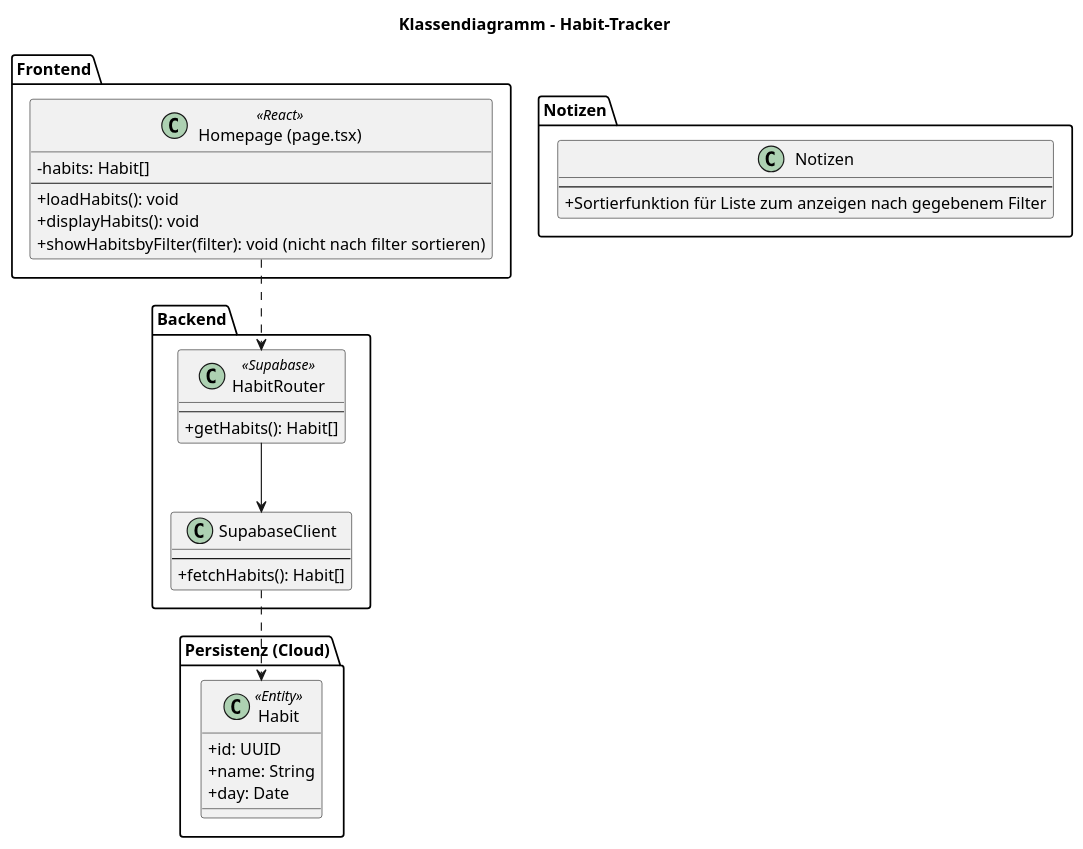
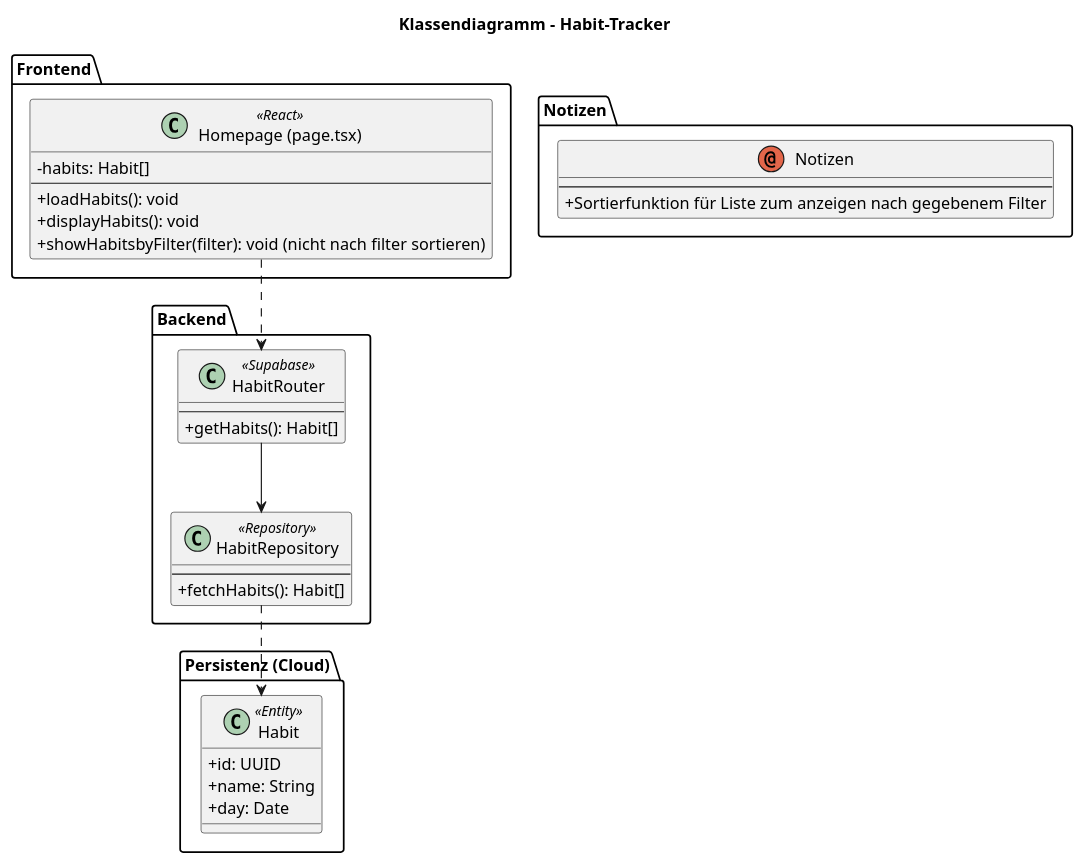
The diagram in docs/design-analysis/2/new-class.puml (nac1dy/Habit-Tracker), drawn with PlantUML before and after one commit. The commit also changed 2 other files, not shown here.

Commit message:
docs: improved diagrams

```diff
--- a/docs/design-analysis/2/new-class.puml
+++ b/docs/design-analysis/2/new-class.puml
@@ -1,47 +1,47 @@
 @startuml
 title Klassendiagramm - Habit-Tracker
 
 skinparam classAttributeIconSize 0
 skinparam linetype ortho
 
 package "Frontend" {
     class "Homepage (page.tsx)" as Homepage <<React>> {
         - habits: Habit[]
         --
         + loadHabits(): void
         + displayHabits(): void
         + showHabitsbyFilter(filter): void (nicht nach filter sortieren)
     }
 }
 
 package "Backend" {
     class HabitRouter <<Supabase>> {
         --
         + getHabits(): Habit[]
     }
 
-    class SupabaseClient {
+    class HabitRepository <<Repository>> {
         --
         + fetchHabits(): Habit[]
     }
 }
 
 package "Persistenz (Cloud)" {
     class Habit <<Entity>> {
         + id: UUID
         + name: String
         + day: Date
     }
 }
 package "Notizen" {
-    class Notizen {
+    annotation Notizen {
         --
         + Sortierfunktion für Liste zum anzeigen nach gegebenem Filter
     }
 
 }
 
 Homepage ..> HabitRouter 
-HabitRouter --> SupabaseClient
-SupabaseClient ..> Habit
+HabitRouter --> HabitRepository
+HabitRepository ..> Habit
 @enduml 
```
